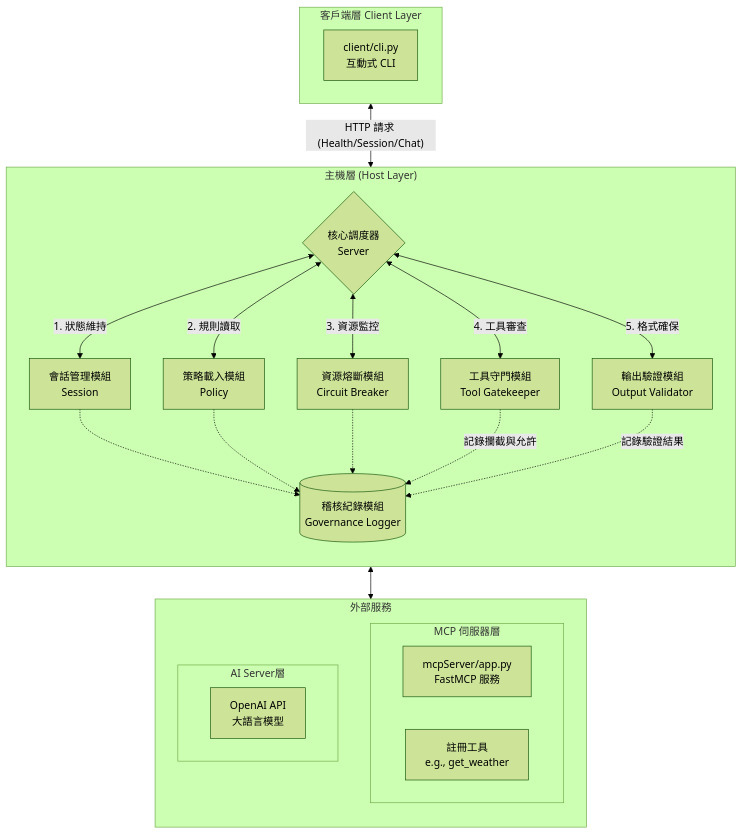
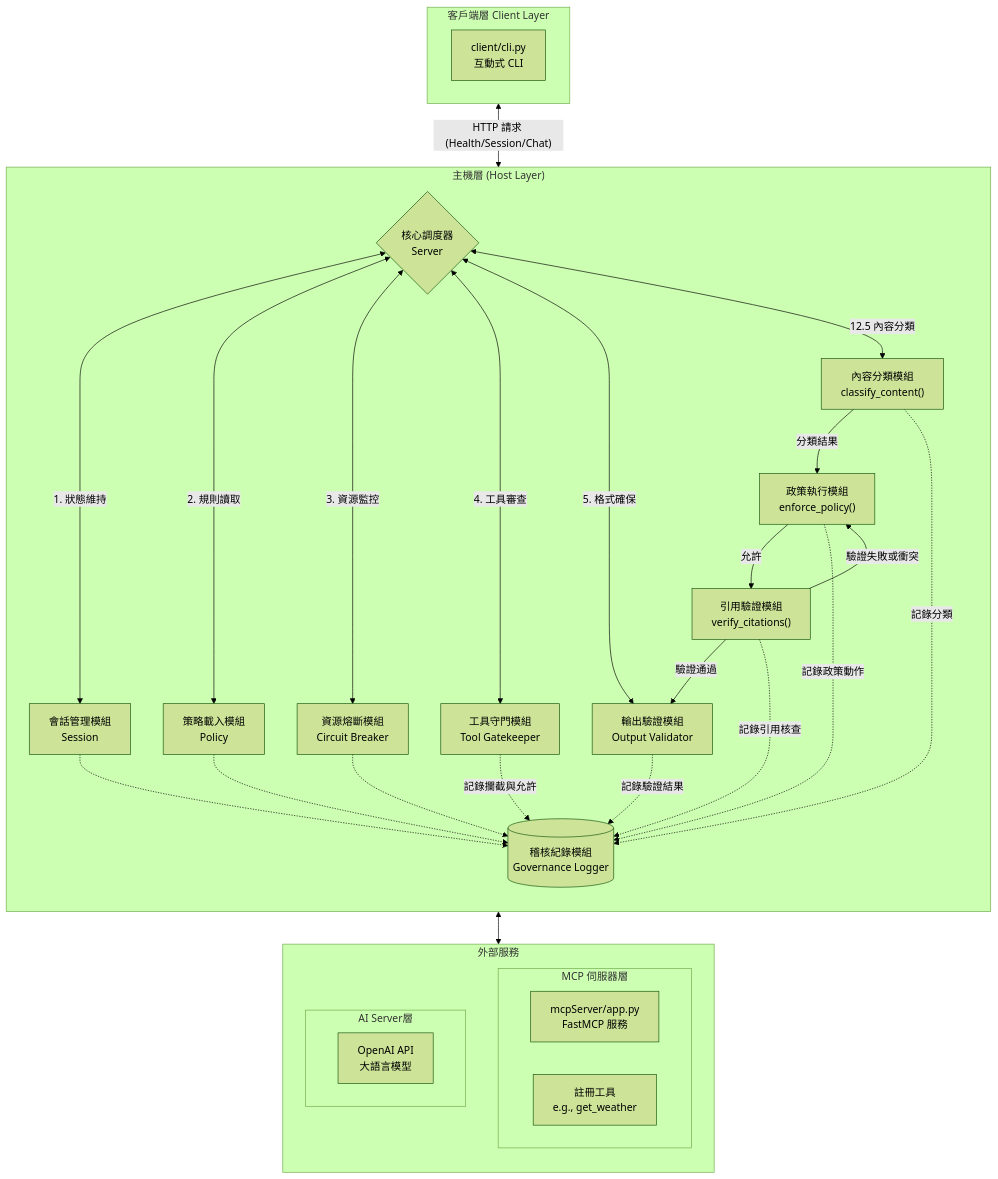
One commit to willy1236/cva-midterm-mcp changed the diagram in README.md. Above: the diagram before and after it, drawn with Mermaid (forest theme). The commit also changed 11 other files, not shown here.

````diff
--- a/README.md
+++ b/README.md
@@ -45,43 +45,52 @@
 ```mermaid
 graph TD
 
     subgraph Client [客戶端層 Client Layer]
         CLI[client/cli.py <br> 互動式 CLI]
     end
 
     subgraph External [外部服務]
         direction TB
         subgraph MCPServer [MCP 伺服器層]
             MCPApp[mcpServer/app.py <br> FastMCP 服務]
             MCPTool[註冊工具 <br> e.g., get_weather]
         end
 
         subgraph AIServer [AI Server層]
             OpenAI[OpenAI API <br> 大語言模型]
         end
     end
     subgraph Host ["主機層 (Host Layer)"]
         direction TB
         Server{核心調度器 <br> Server}
 
         %% 平行子模組
         Server <-->|1. 狀態維持| Session[會話管理模組 <br> Session]
         Server <-->|2. 規則讀取| Policy[策略載入模組 <br> Policy]
         Server <-->|3. 資源監控| Breaker[資源熔斷模組 <br> Circuit Breaker]
         Server <-->|4. 工具審查| Gatekeeper[工具守門模組 <br> Tool Gatekeeper]
         Server <-->|5. 格式確保| Validator[輸出驗證模組 <br> Output Validator]
-        
+        %% Module 6: 內容安全與動態政策
+        Server <-->|12.5 內容分類| Classifier["內容分類模組 <br> classify_content()"]
+        Classifier -->|分類結果| PolicyEnforcer["政策執行模組 <br> enforce_policy()"]
+        PolicyEnforcer -->|允許| CitationVerifier["引用驗證模組 <br> verify_citations()"]
+        CitationVerifier -->|驗證通過| Validator
+        CitationVerifier -->|驗證失敗或衝突| PolicyEnforcer
+
         Session -.-> Logger
         Policy -.-> Logger
         Breaker -.-> Logger
         Gatekeeper -.->|記錄攔截與允許| Logger
         Validator -.->|記錄驗證結果| Logger
+        Classifier -.->|記錄分類| Logger
+        PolicyEnforcer -.->|記錄政策動作| Logger
+        CitationVerifier -.->|記錄引用核查| Logger
         
         Logger[(稽核紀錄模組 <br> Governance Logger)]
     end
 
 
 
     Client <-- "HTTP 請求 (Health/Session/Chat)" --> Server
     Server <--> External
 ```
````
